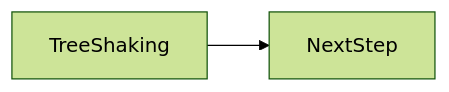
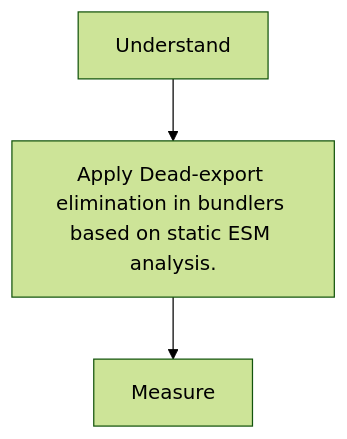
Before and after one commit to OmidJavaherii/Frontend-Engineering-Handbook: the second of 2 diagrams in docs/en/13-performance/tree-shaking/index.md, drawn with Mermaid (forest theme). The commit also changed other lines of this file and 461 other files, not shown here.

````diff
--- a/docs/en/13-performance/tree-shaking/index.md
+++ b/docs/en/13-performance/tree-shaking/index.md
@@ -95,4 +108,5 @@
 ```mermaid
-flowchart LR
-  concept[TreeShaking] --> nextStep[NextStep]
+flowchart TD
+  A[Understand] --> B[Apply Dead-export elimination in bundlers based on static ESM analysis.]
+  B --> C[Measure]
 ```
````
